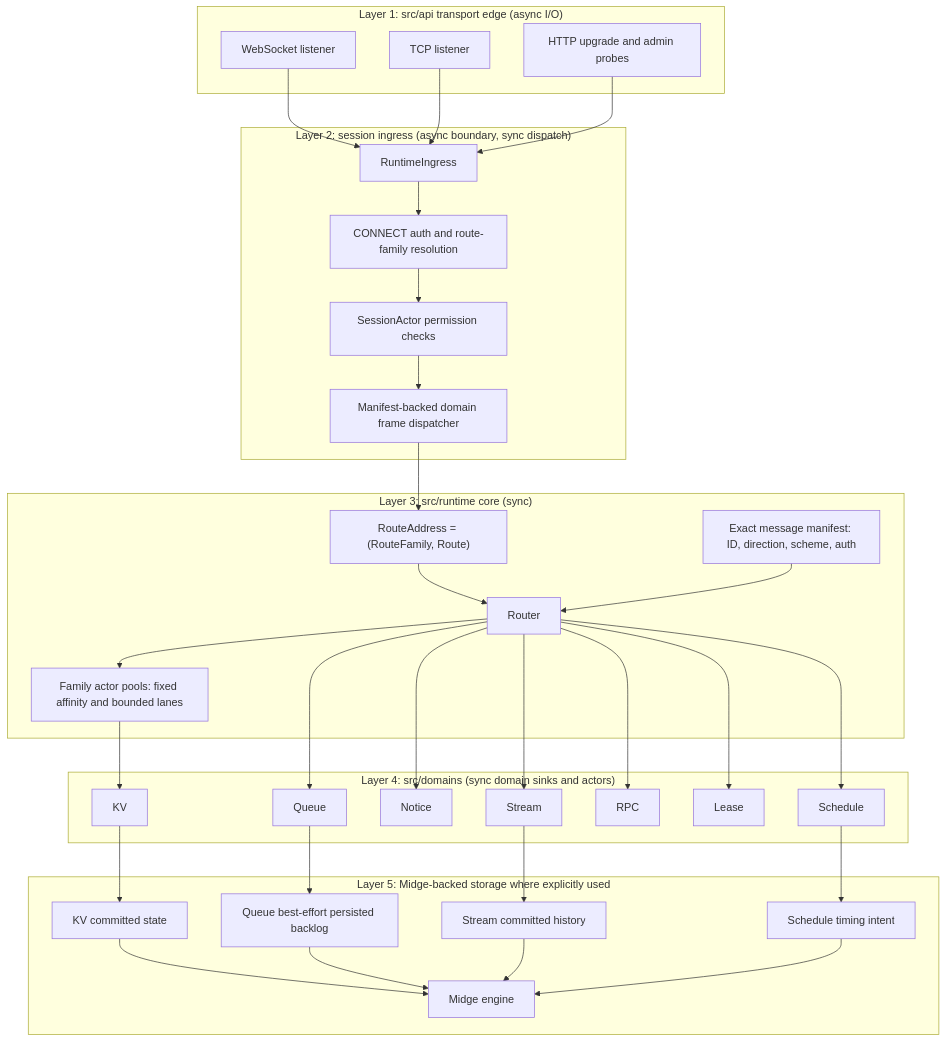
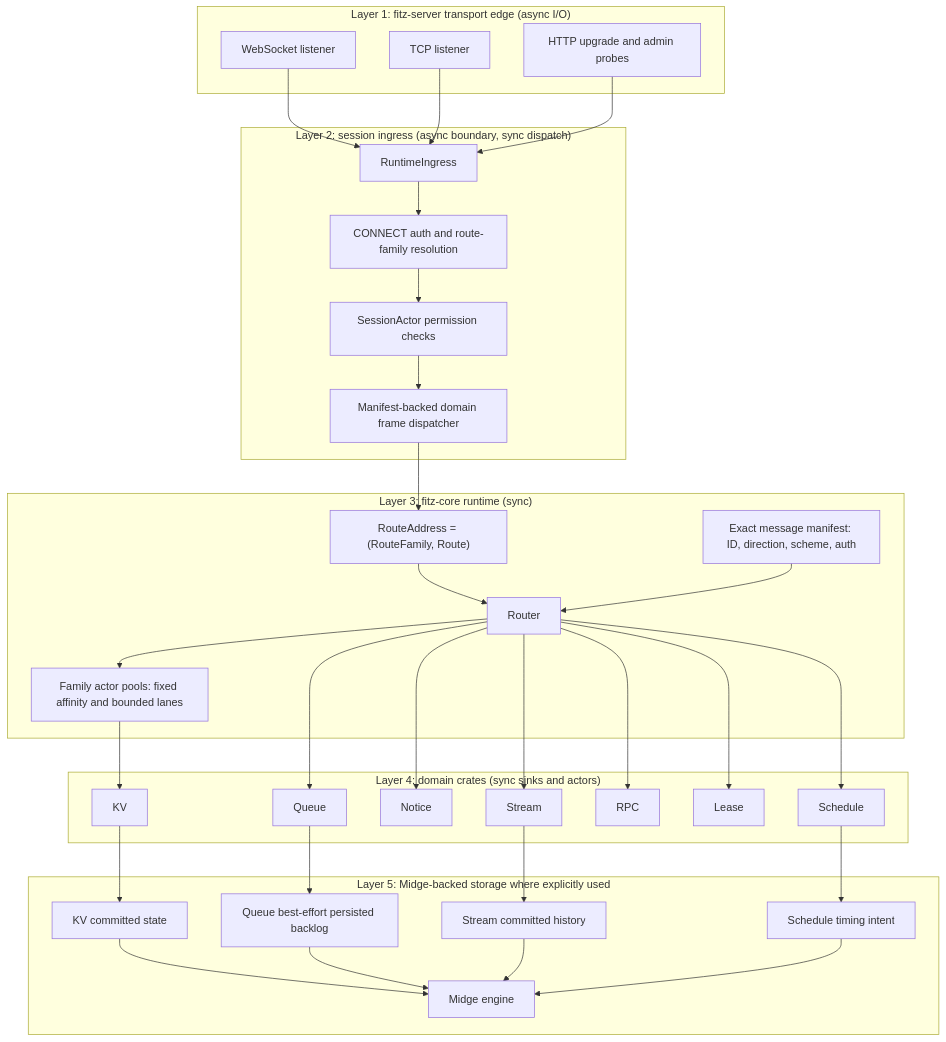
Before and after one commit to cntryl/fitz: the first of 6 diagrams in docs/development/architecture-diagrams.md, drawn with Mermaid. The commit also changed 1793 other files, not shown here.

````diff
--- a/docs/development/architecture-diagrams.md
+++ b/docs/development/architecture-diagrams.md
@@ -16,59 +16,59 @@
 ```mermaid
 flowchart TB
-    subgraph L1["Layer 1: src/api transport edge (async I/O)"]
+    subgraph L1["Layer 1: fitz-server transport edge (async I/O)"]
         WS["WebSocket listener"]
         TCP["TCP listener"]
         HTTP["HTTP upgrade and admin probes"]
     end
 
     subgraph L2["Layer 2: session ingress (async boundary, sync dispatch)"]
         ING["RuntimeIngress"]
         AUTH["CONNECT auth and route-family resolution"]
         PERM["SessionActor permission checks"]
         DISPATCH["Manifest-backed domain frame dispatcher"]
     end
 
-    subgraph L3["Layer 3: src/runtime core (sync)"]
+    subgraph L3["Layer 3: fitz-core runtime (sync)"]
         ROUTER["Router"]
         ADDR["RouteAddress = (RouteFamily, Route)"]
         MANIFEST["Exact message manifest: ID, direction, scheme, auth"]
         ACTORS["Family actor pools: fixed affinity and bounded lanes"]
     end
 
-    subgraph L4["Layer 4: src/domains (sync domain sinks and actors)"]
+    subgraph L4["Layer 4: domain crates (sync sinks and actors)"]
         KV["KV"]
         QUEUE["Queue"]
         NOTICE["Notice"]
         STREAM["Stream"]
         RPC["RPC"]
         LEASE["Lease"]
         SCHEDULE["Schedule"]
     end
 
     subgraph L5["Layer 5: Midge-backed storage where explicitly used"]
         MIDGE["Midge engine"]
         KVSTORE["KV committed state"]
         QSTORE["Queue best-effort persisted backlog"]
         SSTORE["Stream committed history"]
         TSTORE["Schedule timing intent"]
     end
 
     WS --> ING
     TCP --> ING
     HTTP --> ING
     ING --> AUTH --> PERM --> DISPATCH
     DISPATCH --> ADDR --> ROUTER
     MANIFEST --> ROUTER
     ROUTER --> ACTORS
     ACTORS --> KV
     ROUTER --> QUEUE
     ROUTER --> NOTICE
     ROUTER --> STREAM
     ROUTER --> RPC
     ROUTER --> LEASE
     ROUTER --> SCHEDULE
     KV --> KVSTORE --> MIDGE
     QUEUE --> QSTORE --> MIDGE
     STREAM --> SSTORE --> MIDGE
     SCHEDULE --> TSTORE --> MIDGE
 ```
````
